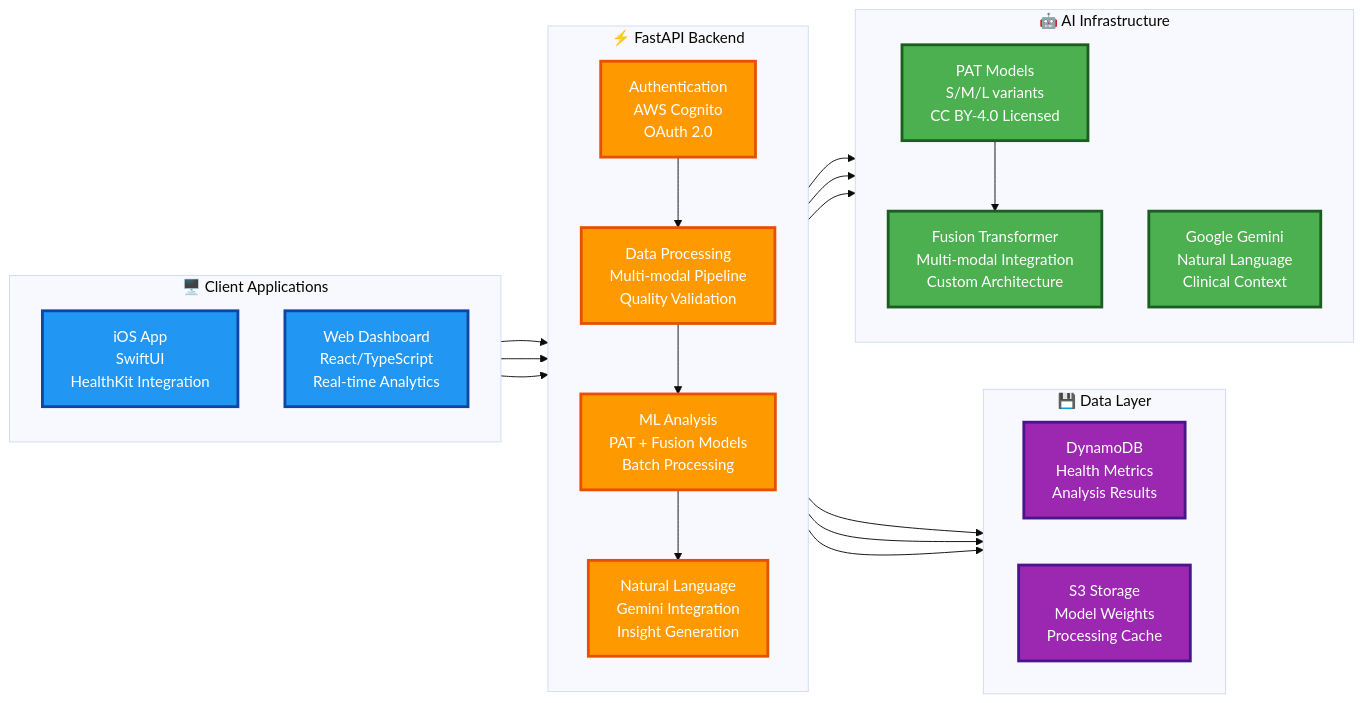
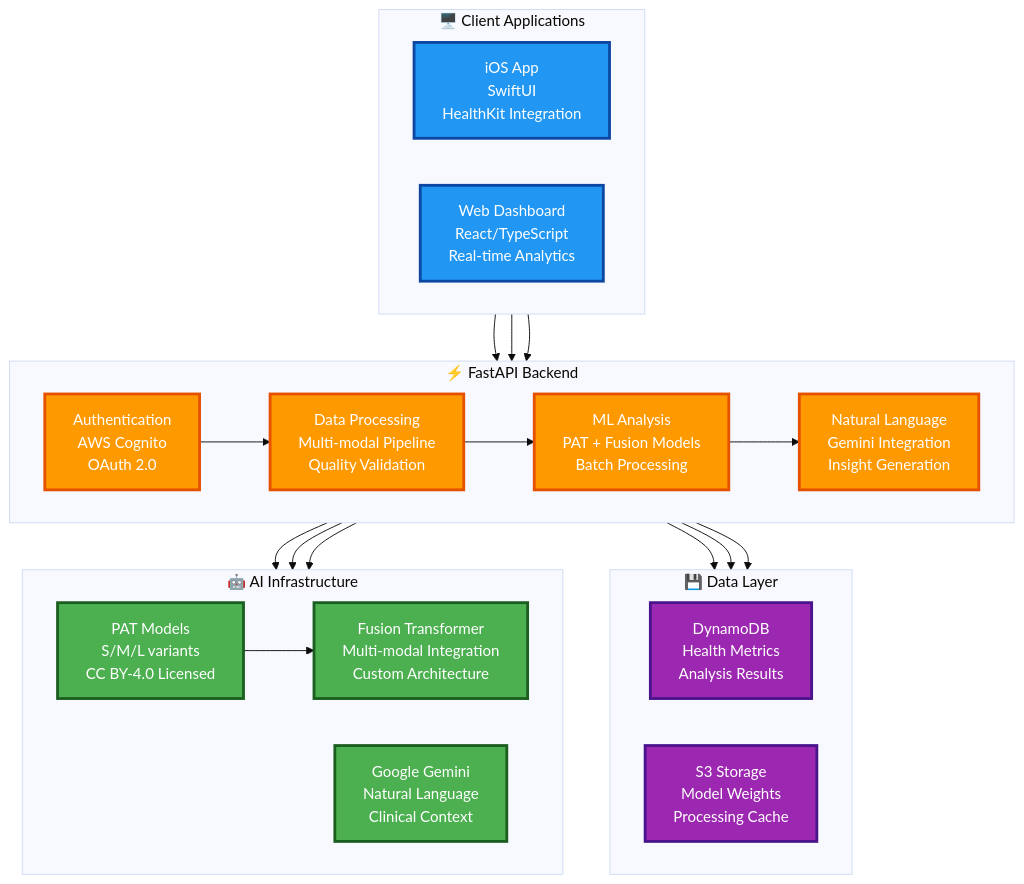
One commit to Clairty-Digital-Twin/clarity-loop-backend changed the second of 2 diagrams in README.md. Above: the diagram before and after it, drawn with Mermaid (base theme).

Commit message:
chore: Update flowchart direction in README.md for improved clarity
- Changed flowchart direction from top-to-bottom (TB) to left-to-right (LR) for better visual representation of client applications, core backend, and AI infrastructure.
- This update enhances the readability and semantic structure of the documentation, aligning with the goal of providing a clear and professional overview of the system architecture.

````diff
--- a/README.md
+++ b/README.md
@@ -91,56 +91,56 @@
 ```mermaid
-flowchart LR
+flowchart TD
     subgraph Clients ["🖥️ Client Applications"]
-        direction TB
+        direction LR
         A[iOS App<br/>SwiftUI<br/>HealthKit Integration]
         B[Web Dashboard<br/>React/TypeScript<br/>Real-time Analytics]
     end
     
     subgraph Core ["⚡ FastAPI Backend"]
-        direction TB
+        direction LR
         C[Authentication<br/>AWS Cognito<br/>OAuth 2.0]
         D[Data Processing<br/>Multi-modal Pipeline<br/>Quality Validation]
         E[ML Analysis<br/>PAT + Fusion Models<br/>Batch Processing]
         F[Natural Language<br/>Gemini Integration<br/>Insight Generation]
     end
     
     subgraph Data ["💾 Data Layer"]
         direction LR
         G[DynamoDB<br/>Health Metrics<br/>Analysis Results]
         H[S3 Storage<br/>Model Weights<br/>Processing Cache]
     end
     
     subgraph AI ["🤖 AI Infrastructure"]
-        direction TB
+        direction LR
         I[PAT Models<br/>S/M/L variants<br/>CC BY-4.0 Licensed]
         J[Fusion Transformer<br/>Multi-modal Integration<br/>Custom Architecture]
         K[Google Gemini<br/>Natural Language<br/>Clinical Context]
     end
     
-    %% Main flow connections
+    %% Main flow - top to bottom
     Clients --> Core
     Core --> Data
     Core --> AI
     
     %% Detailed connections
     A --> C
     B --> C
     C --> D
     D --> E
     E --> F
     D --> G
     E --> H
     E --> I
     I --> J
     F --> K
     
     classDef frontend fill:#2196f3,stroke:#0d47a1,stroke-width:3px,color:white
     classDef api fill:#ff9900,stroke:#e65100,stroke-width:3px,color:white
     classDef storage fill:#9c27b0,stroke:#4a148c,stroke-width:3px,color:white
     classDef ml fill:#4caf50,stroke:#1b5e20,stroke-width:3px,color:white
     
     class A,B frontend
     class C,D,E,F api
     class G,H storage
     class I,J,K ml
 ```
````
